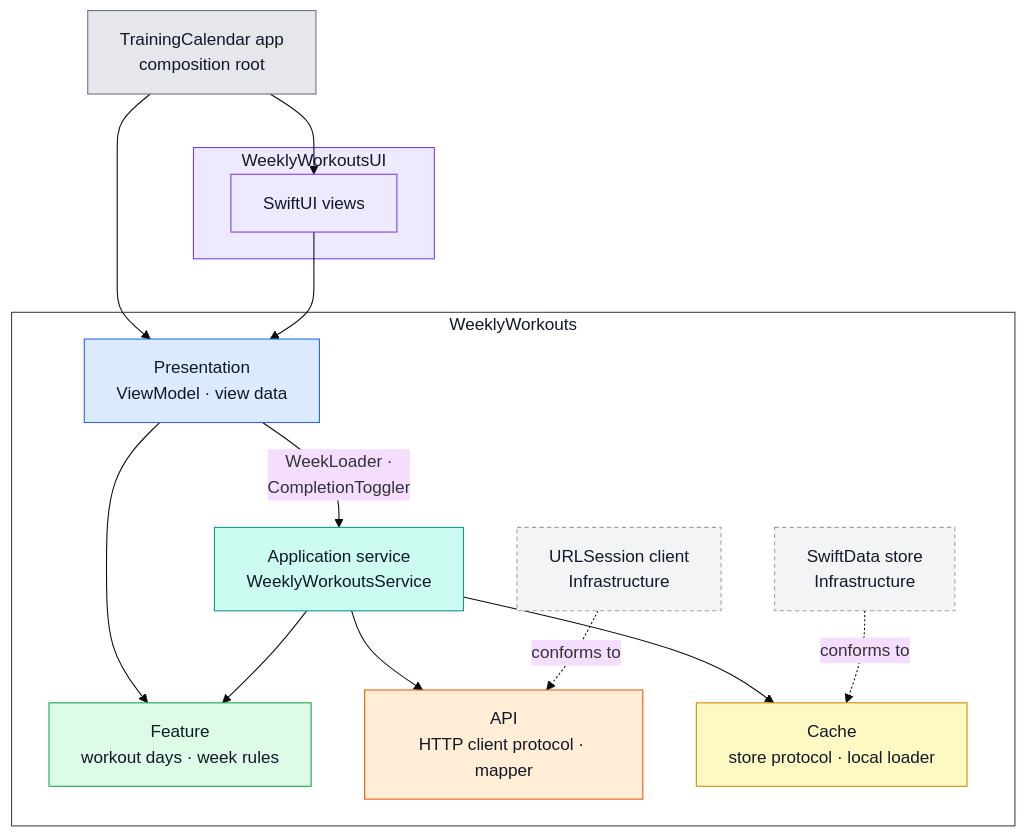
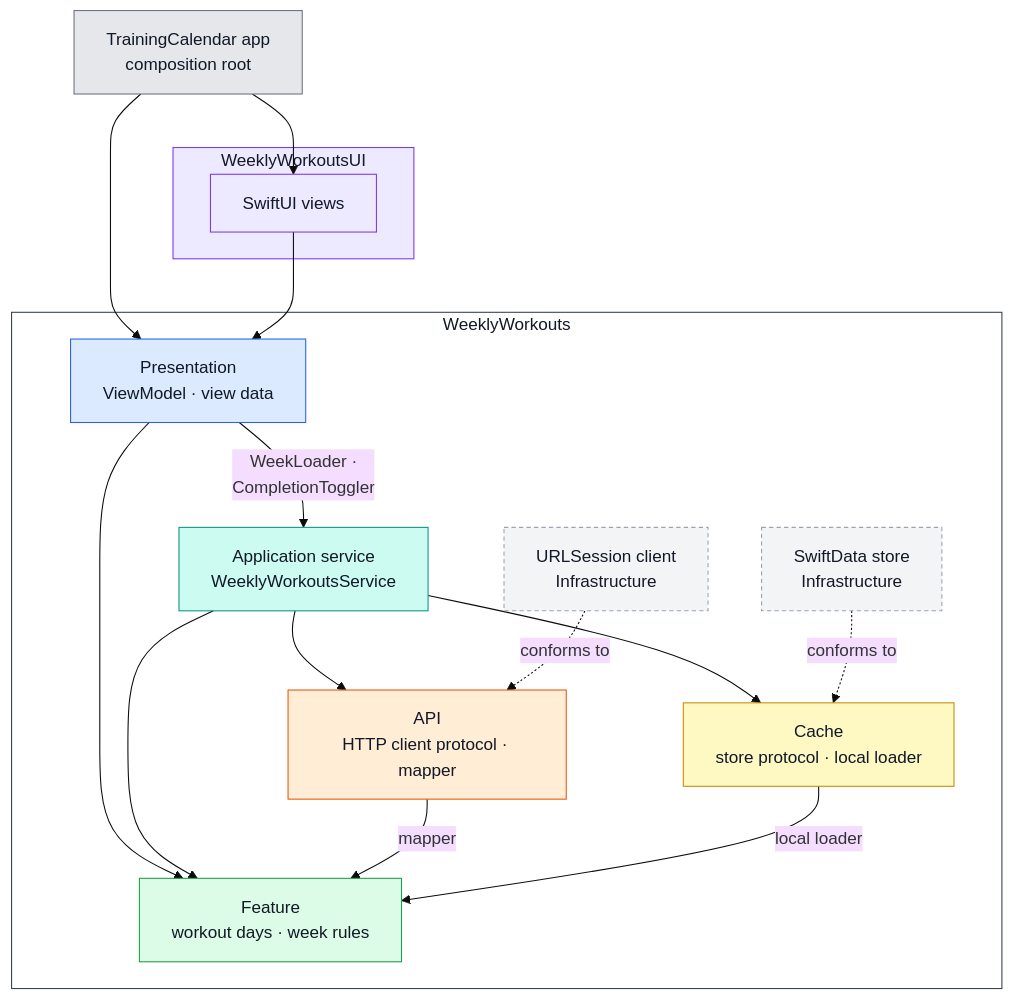
The second of 2 diagrams in README.md (tringuyen623/training-calendar), drawn with Mermaid (base theme) before and after one commit.

Commit message:
Show the API mapper and the cache's local loader depending on the domain models in the architecture diagram

````diff
--- a/README.md
+++ b/README.md
@@ -385,41 +385,43 @@
 ```mermaid
 graph TD
     App["TrainingCalendar app<br/>composition root"]
 
     subgraph UIModule["WeeklyWorkoutsUI"]
         Views["SwiftUI views"]
     end
 
     subgraph Package["WeeklyWorkouts"]
         Presentation["Presentation<br/>ViewModel · view data"]
         Service["Application service<br/>WeeklyWorkoutsService"]
         Feature["Feature<br/>workout days · week rules"]
         API["API<br/>HTTP client protocol · mapper"]
         Cache["Cache<br/>store protocol · local loader"]
         URLSession["URLSession client<br/>Infrastructure"]
         SwiftData["SwiftData store<br/>Infrastructure"]
     end
 
     App --> Views
     App --> Presentation
     Views --> Presentation
     Presentation -- "WeekLoader ·<br/>CompletionToggler" --> Service
     Presentation --> Feature
     Service --> Feature
     Service --> API
     Service --> Cache
+    API -- mapper --> Feature
+    Cache -- local loader --> Feature
     URLSession -. conforms to .-> API
     SwiftData -. conforms to .-> Cache
 
     style App fill:#E5E7EB,stroke:#6B7280,color:#111827
     style UIModule fill:#EDE9FE,stroke:#7C3AED,color:#111827
     style Views fill:#EDE9FE,stroke:#7C3AED,color:#111827
     style Package fill:#FFFFFF,stroke:#374151,color:#111827
     style Presentation fill:#DBEAFE,stroke:#2563EB,color:#111827
     style Service fill:#CCFBF1,stroke:#0D9488,color:#111827
     style Feature fill:#DCFCE7,stroke:#16A34A,color:#111827
     style API fill:#FFEDD5,stroke:#EA580C,color:#111827
     style Cache fill:#FEF9C3,stroke:#CA8A04,color:#111827
     style URLSession fill:#F3F4F6,stroke:#9CA3AF,stroke-dasharray:4 3,color:#111827
     style SwiftData fill:#F3F4F6,stroke:#9CA3AF,stroke-dasharray:4 3,color:#111827
 ```
````
